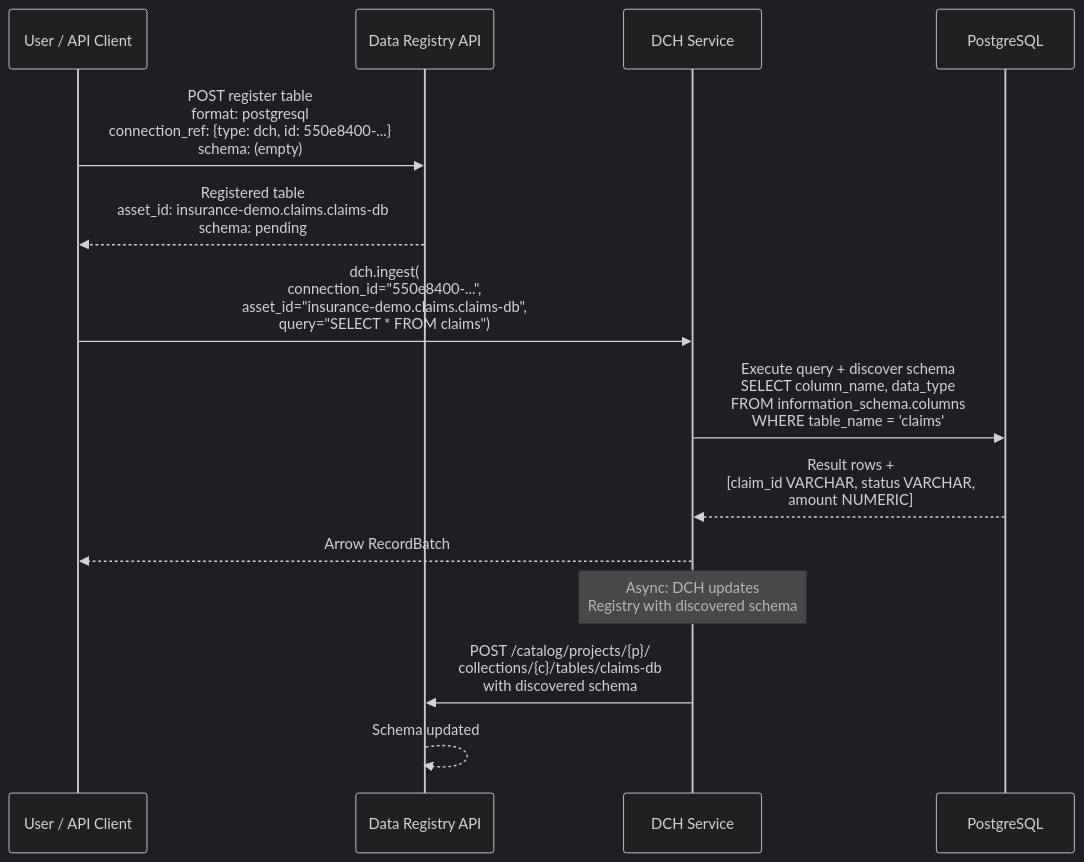
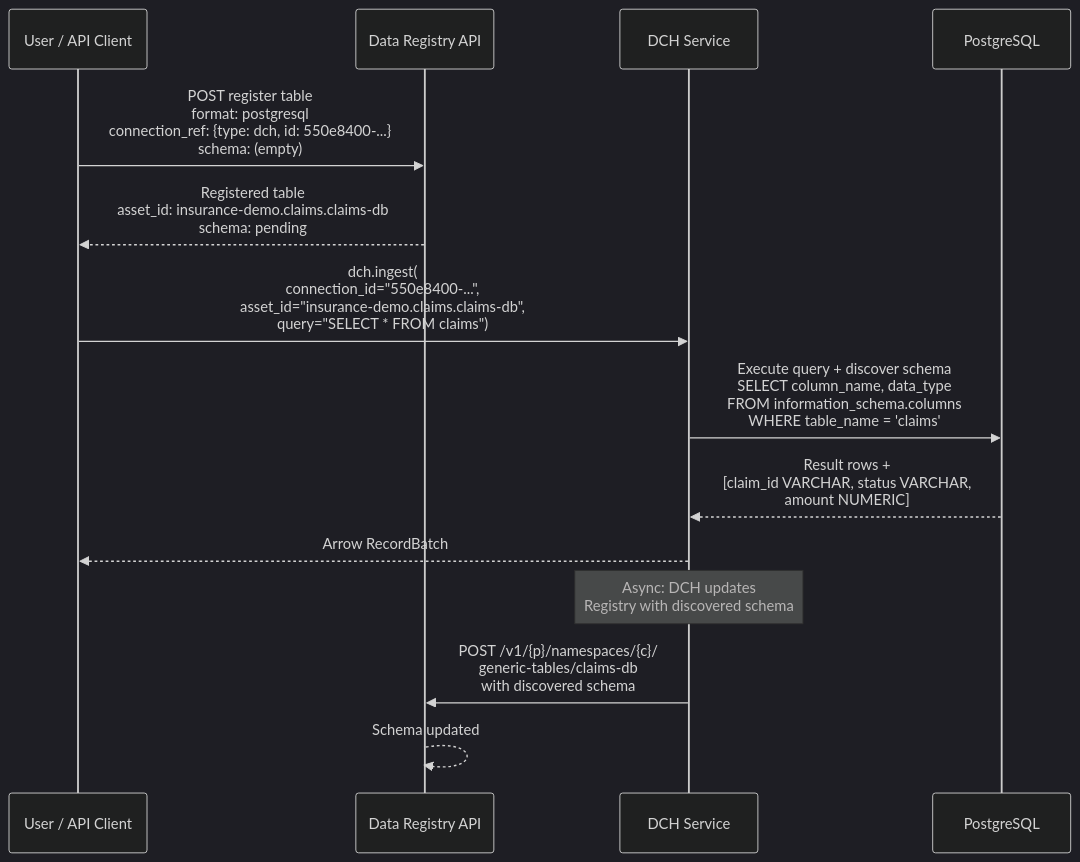
The first of 2 diagrams in architecture-decision-records/data-registry/ODH-ADR-DR-0003-data-registry-dch-future-integration.md (opendatahub-io/architecture-decision-records), drawn with Mermaid (dark theme) before and after one commit. The commit also changed other lines of this file, not shown here.

````diff
--- a/architecture-decision-records/data-registry/ODH-ADR-DR-0003-data-registry-dch-future-integration.md
+++ b/architecture-decision-records/data-registry/ODH-ADR-DR-0003-data-registry-dch-future-integration.md
@@ -50,21 +52,21 @@
 ```mermaid
 sequenceDiagram
     participant User as User / API Client
     participant DR as Data Registry API
     participant DCH as DCH Service
     participant PG as PostgreSQL
 
     User->>DR: POST register table<br/>format: postgresql<br/>connection_ref: {type: dch, id: 550e8400-...}<br/>schema: (empty)
     DR-->>User: Registered table<br/>asset_id: insurance-demo.claims.claims-db<br/>schema: pending
 
     User->>DCH: dch.ingest(<br/>connection_id="550e8400-...",<br/>asset_id="insurance-demo.claims.claims-db",<br/>query="SELECT * FROM claims")
 
     DCH->>PG: Execute query + discover schema<br/>SELECT column_name, data_type<br/>FROM information_schema.columns<br/>WHERE table_name = 'claims'
     PG-->>DCH: Result rows +<br/>[claim_id VARCHAR, status VARCHAR,<br/>amount NUMERIC]
     DCH-->>User: Arrow RecordBatch
 
     Note over DCH: Async: DCH updates<br/>Registry with discovered schema
 
-    DCH->>DR: POST /catalog/projects/{p}/<br/>collections/{c}/tables/claims-db<br/>with discovered schema
+    DCH->>DR: POST /v1/{p}/namespaces/{c}/<br/>generic-tables/claims-db<br/>with discovered schema
     DR-->>DR: Schema updated
 ```
````
